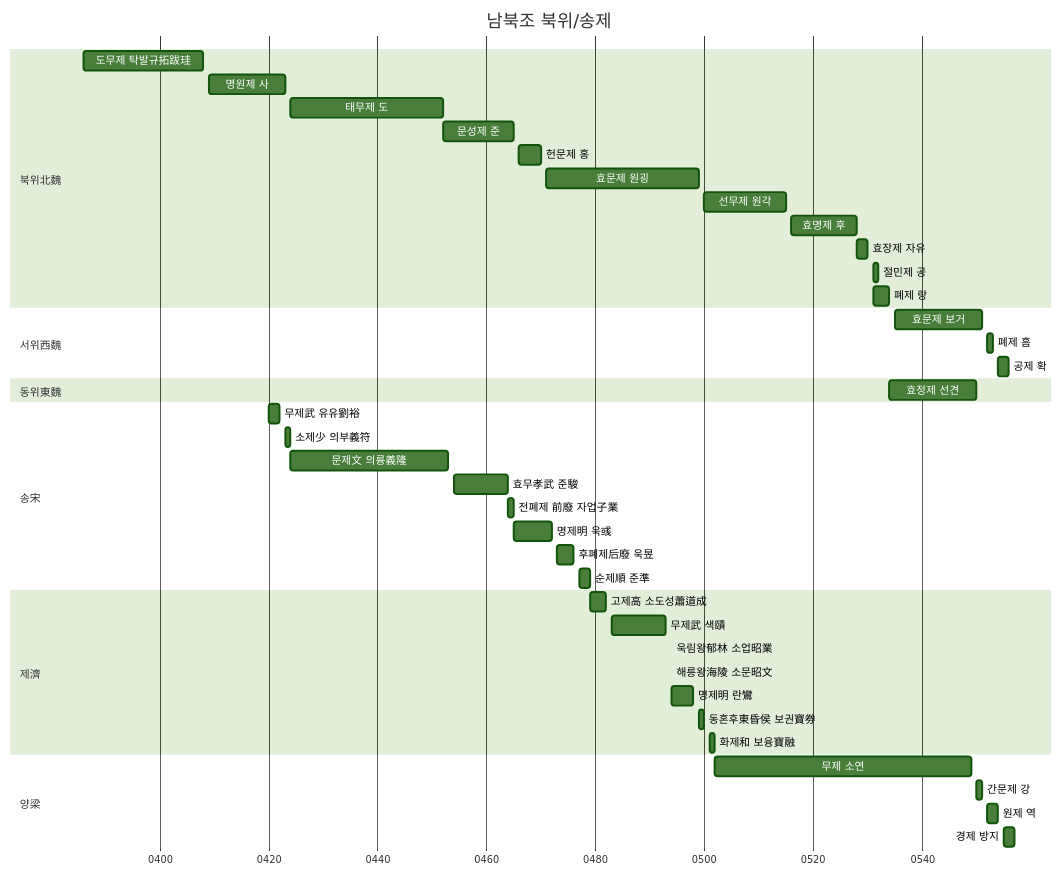
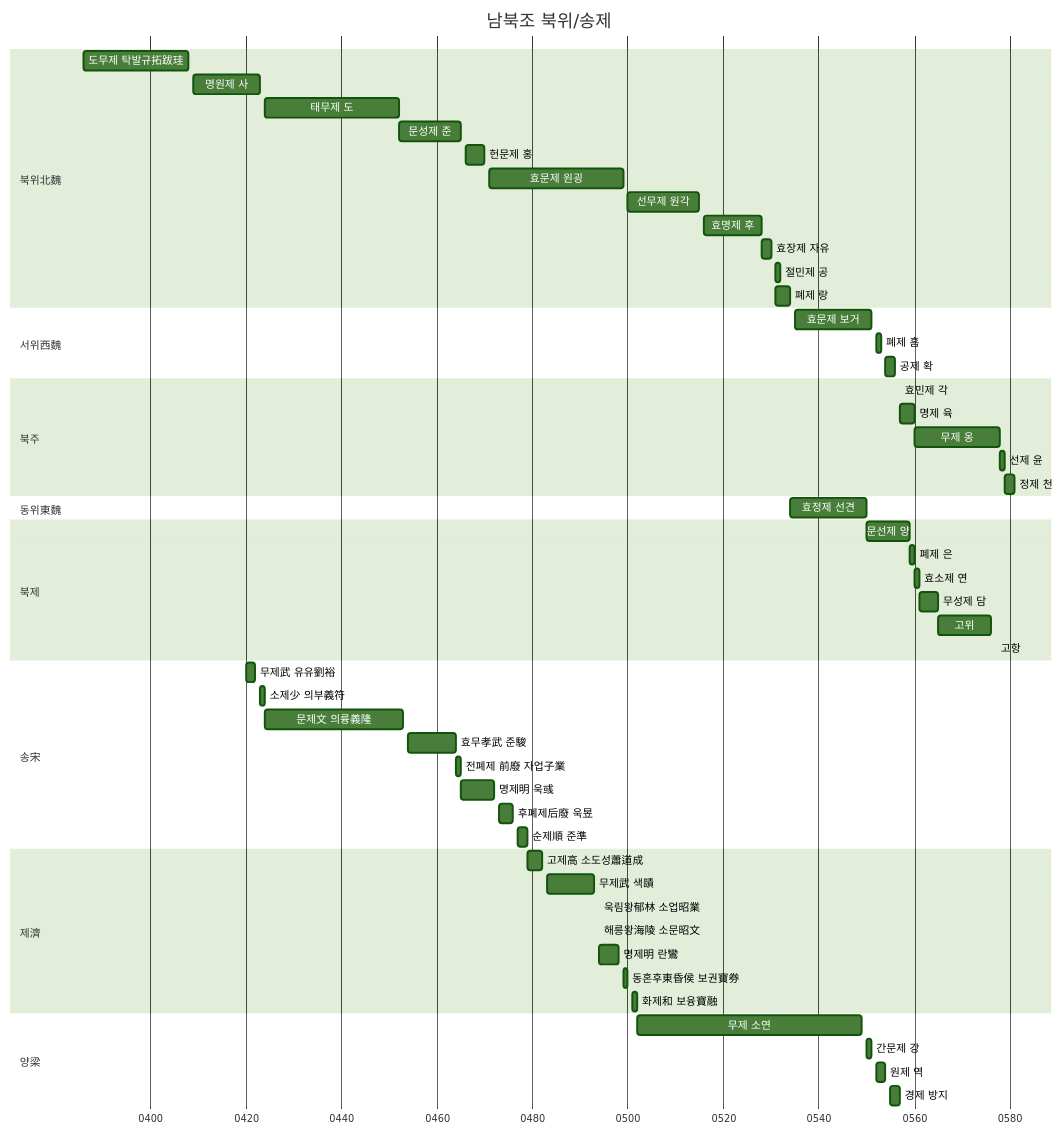
The third of 10 diagrams in 중국사/위진남북조2.md (daewonyoon/historigram), drawn with Mermaid (forest theme) before and after one commit. The commit also changed other lines of this file, not shown here.

Commit message:
북주, 북제 타임라인

````diff
--- a/중국사/위진남북조2.md
+++ b/중국사/위진남북조2.md
@@ -64,53 +64,68 @@
 ```mermaid
 gantt
     title 남북조 북위/송제
     dateFormat  YYYY
     axisFormat %Y
     
     section 북위北魏
     도무제 탁발규拓跋珪 : 0386, 0408
     명원제 사 : 0409, 0423
     태무제 도 : 0424, 0452
     문성제 준 : 0452, 0465
     헌문제 홍 : 0466, 0470
     효문제 원굉 : 0471, 0499
     선무제 원각 : 0500, 0515
     효명제 후 : 0516, 0528
     효장제 자유 : 0528, 0530
     절민제 공 : 0531, 0532
     폐제 랑 : 0531, 0534
     
     section 서위西魏
     효문제 보거 : 0535, 0551
     폐제 흠 : 0552, 0553
     공제 확 : 0554, 0556
+
+    section 북주
+    효민제 각 : 0557, 0557
+    명제 육 : 0557, 0560
+    무제 옹 : 0560, 0578
+    선제 윤 : 0578, 0579
+    정제 천 : 0579, 0581
     
     section 동위東魏
     효정제 선견 : 0534, 0550
+
+    section 북제
+    문선제 양 : 0550, 0559
+    폐제 은 : 0559, 0560
+    효소제 연 : 0560, 0561
+    무성제 담 : 0561, 0565
+    고위 : 0565, 0576
+    고항 : 0577, 0577
     
     section 송宋
     무제武 유유劉裕 : 0420, 0422
     소제少 의부義符 : 0423, 0424
     문제文 의륭義隆 : 0424, 0453
     효무孝武 준駿 : 0454, 0464
     전폐제 前廢 자업子業 : 0464, 0465
     명제明 욱彧 : 0465, 0472
     후폐제后廢 욱昱 : 0473, 0476
     순제順 준準 : 0477, 0479
     
     section 제濟
     고제高 소도성蕭道成 : 0479, 0482
     무제武 색賾 : 0483, 0493
     욱림왕郁林 소업昭業 : 0494, 0494
     해릉왕海陵 소문昭文 : 0494, 0494
     명제明 란鸞 : 0494, 0498
     동혼후東昏侯 보권寶券 : 0499, 0500
     화제和 보융寶融 : 0501, 0502
     
     section 양梁
     무제 소연 : 0502, 0549
     간문제 강 : 0550, 0551
     원제 역 : 0552, 0554
     경제 방지 : 0555, 0557
     
 ```
````
